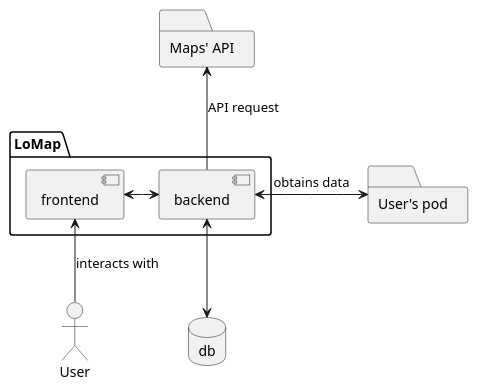
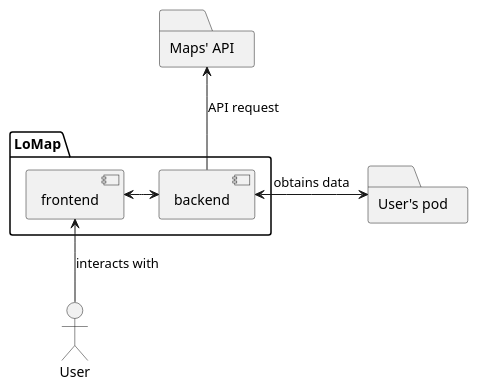
The second of 2 diagrams in docs/05_building_block_view.adoc (Arquisoft/lomap_es4a), drawn with PlantUML before and after one commit.

Commit message:
Cambio diagrama  building block

```diff
--- a/docs/05_building_block_view.adoc
+++ b/docs/05_building_block_view.adoc
@@ -35,18 +35,16 @@
 [plantuml, "level2", png]
 ----
 actor User
-database db
 folder api as "Maps' API"
 folder pod as "User's pod"
 package LoMap {
     component frontend
     component backend
     
     frontend <-> backend
 }
 
 backend -up-> api: API request
 User -up-> frontend: interacts with
 backend<-right-> pod: obtains data
-backend<--> db
 ----
```
